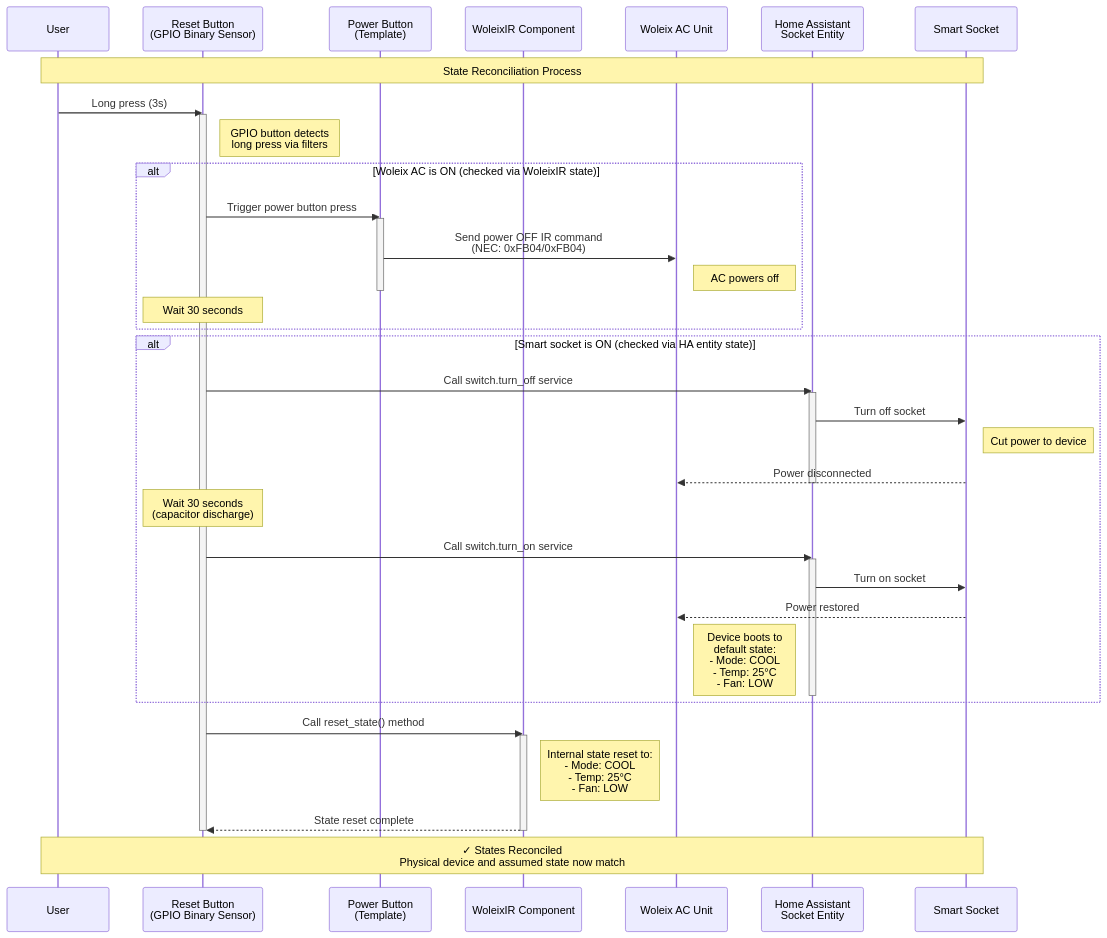
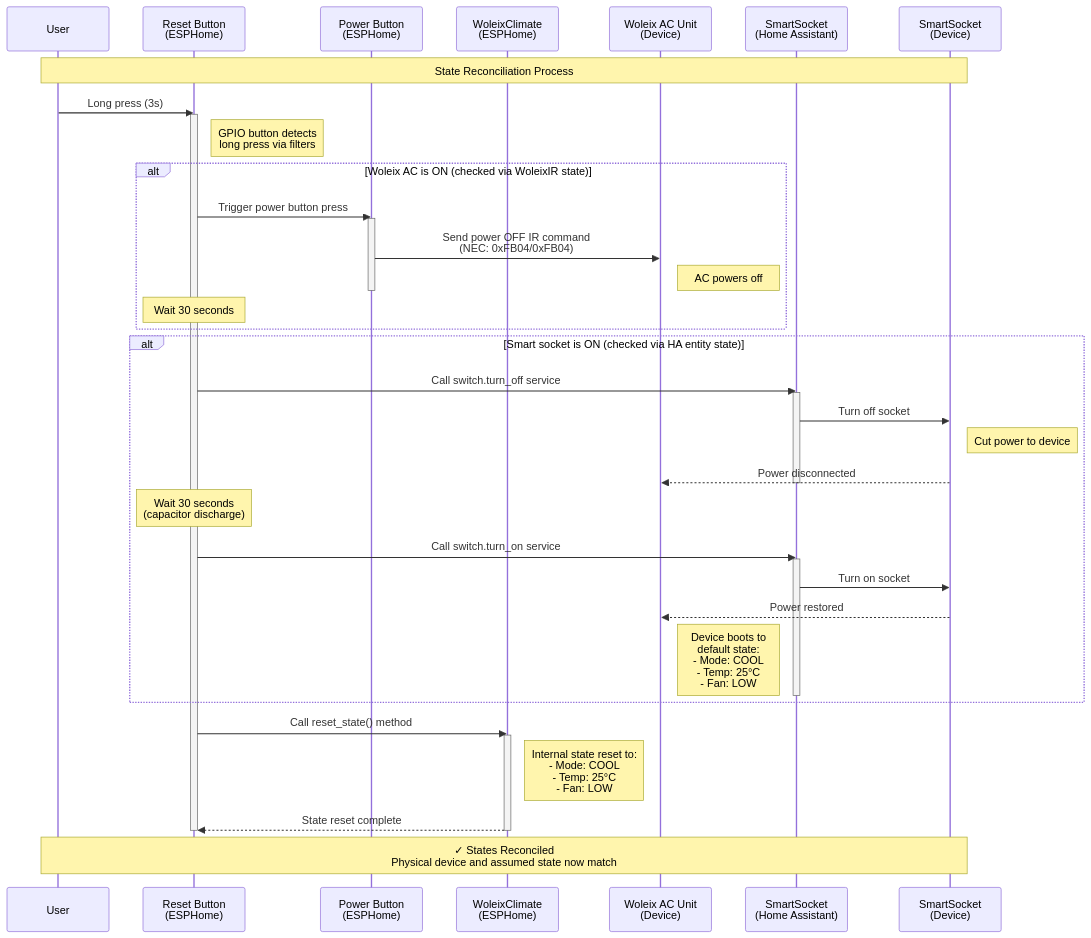
One commit to ok11/esphome-external-components changed the second of 2 diagrams in README.md. Above: the diagram before and after it, drawn with Mermaid. The commit also changed other lines of this file and 17 other files, not shown here.

````diff
--- a/README.md
+++ b/README.md
@@ -377,51 +377,51 @@
 ```mermaid
 sequenceDiagram
     participant User
-    participant ResetButton as Reset Button<br/>(GPIO Binary Sensor)
-    participant PowerButton as Power Button<br/>(Template)
-    participant WoleixIR as WoleixIR Component
-    participant Woleix as Woleix AC Unit
-    participant HASocket as Home Assistant<br/>Socket Entity
-    participant SmartSocket as Smart Socket
+    participant ResetButton as Reset Button<br/>(ESPHome)
+    participant PowerButton as Power Button<br/>(ESPHome)
+    participant WoleixIR as WoleixClimate<br/>(ESPHome)
+    participant Woleix as Woleix AC Unit<br/>(Device)
+    participant HASocket as SmartSocket<br/>(Home Assistant)
+    participant SmartSocket as SmartSocket<br/>(Device)
 
     Note over User,SmartSocket: State Reconciliation Process
 
     User->>ResetButton: Long press (3s)
     activate ResetButton
     Note right of ResetButton: GPIO button detects<br/>long press via filters
     
     alt Woleix AC is ON (checked via WoleixIR state)
         ResetButton->>PowerButton: Trigger power button press
         activate PowerButton
         PowerButton->>Woleix: Send power OFF IR command<br/>(NEC: 0xFB04/0xFB04)
         Note right of Woleix: AC powers off
         deactivate PowerButton
         Note over ResetButton: Wait 30 seconds
     end
     
     alt Smart socket is ON (checked via HA entity state)
         ResetButton->>HASocket: Call switch.turn_off service
         activate HASocket
         HASocket->>SmartSocket: Turn off socket
         Note right of SmartSocket: Cut power to device
         SmartSocket-->>Woleix: Power disconnected
         deactivate HASocket
         Note over ResetButton: Wait 30 seconds<br/>(capacitor discharge)
         
         ResetButton->>HASocket: Call switch.turn_on service
         activate HASocket
         HASocket->>SmartSocket: Turn on socket
         SmartSocket-->>Woleix: Power restored
         Note right of Woleix: Device boots to<br/>default state:<br/>- Mode: COOL<br/>- Temp: 25°C<br/>- Fan: LOW
         deactivate HASocket
     end
     
     ResetButton->>WoleixIR: Call reset_state() method
     activate WoleixIR
     Note right of WoleixIR: Internal state reset to:<br/>- Mode: COOL<br/>- Temp: 25°C<br/>- Fan: LOW
     WoleixIR-->>ResetButton: State reset complete
     deactivate WoleixIR
     deactivate ResetButton
     
     Note over User,SmartSocket: ✓ States Reconciled<br/>Physical device and assumed state now match
 ```
````
